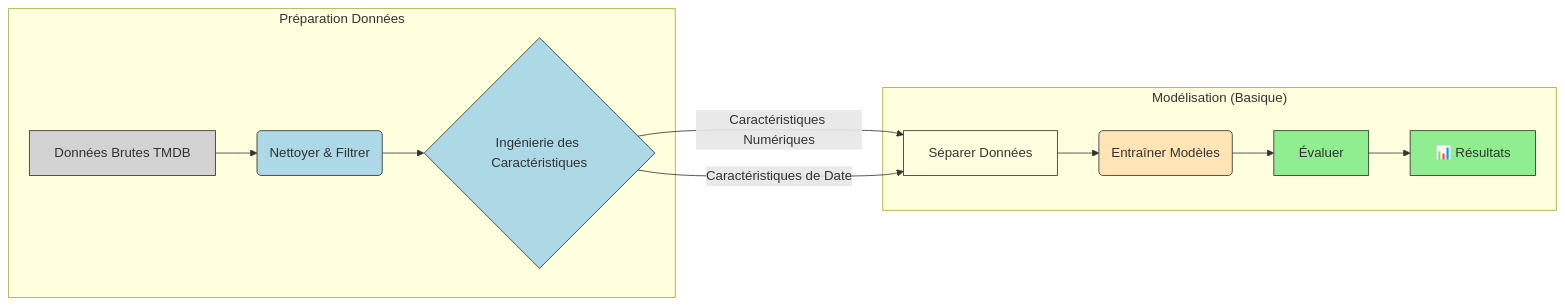
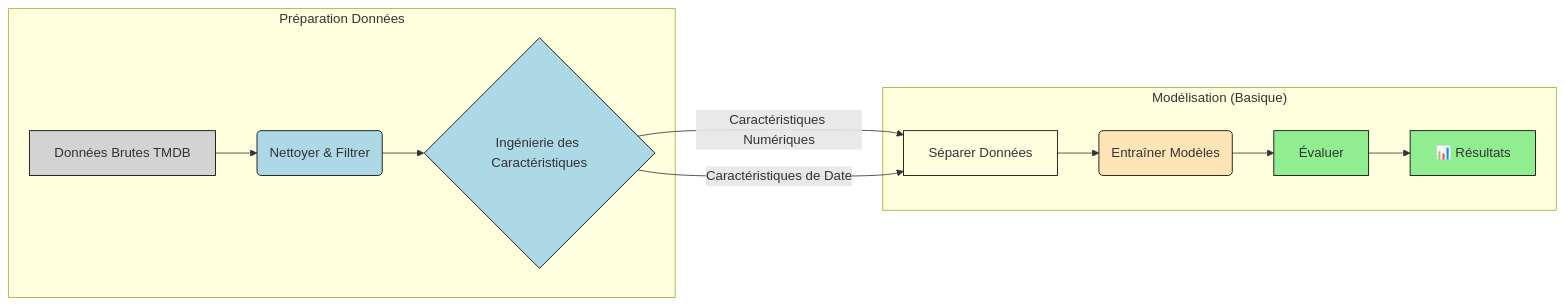
The diagram in README.md (Beg1nner4ever/y_BoxOffice), drawn with Mermaid before and after one commit.

Commit message:
Changing color on mermaid graph

````diff
--- a/README.md
+++ b/README.md
@@ -44,26 +44,26 @@
 ```mermaid
 graph LR
     A[Données Brutes TMDB] --> B(Nettoyer & Filtrer);
     B --> C{Ingénierie des Caractéristiques};
     C -- Caractéristiques Numériques --> D[Séparer Données];
     C -- Caractéristiques de Date --> D;
     D --> E(Entraîner Modèles);
     E --> F[Évaluer];
     F --> G[📊 Résultats];
 
     subgraph "Préparation Données"
         A; B; C;
     end
     subgraph "Modélisation (Basique)"
         D; E; F; G;
     end
 
-    style A fill:#D3D3D3,stroke:#333
-    style B fill:#ADD8E6,stroke:#333
-    style C fill:#ADD8E6,stroke:#333
-    style D fill:#FFFFE0,stroke:#333
-    style E fill:#FFE4B5,stroke:#333
-    style F fill:#90EE90,stroke:#333
-    style G fill:#90EE90,stroke:#333
+    style A fill:#D3D3D3,stroke:#000
+    style B fill:#ADD8E6,stroke:#000
+    style C fill:#ADD8E6,stroke:#000
+    style D fill:#FFFFE0,stroke:#000
+    style E fill:#FFE4B5,stroke:#000
+    style F fill:#90EE90,stroke:#000
+    style G fill:#90EE90,stroke:#000
 
 ```
````
